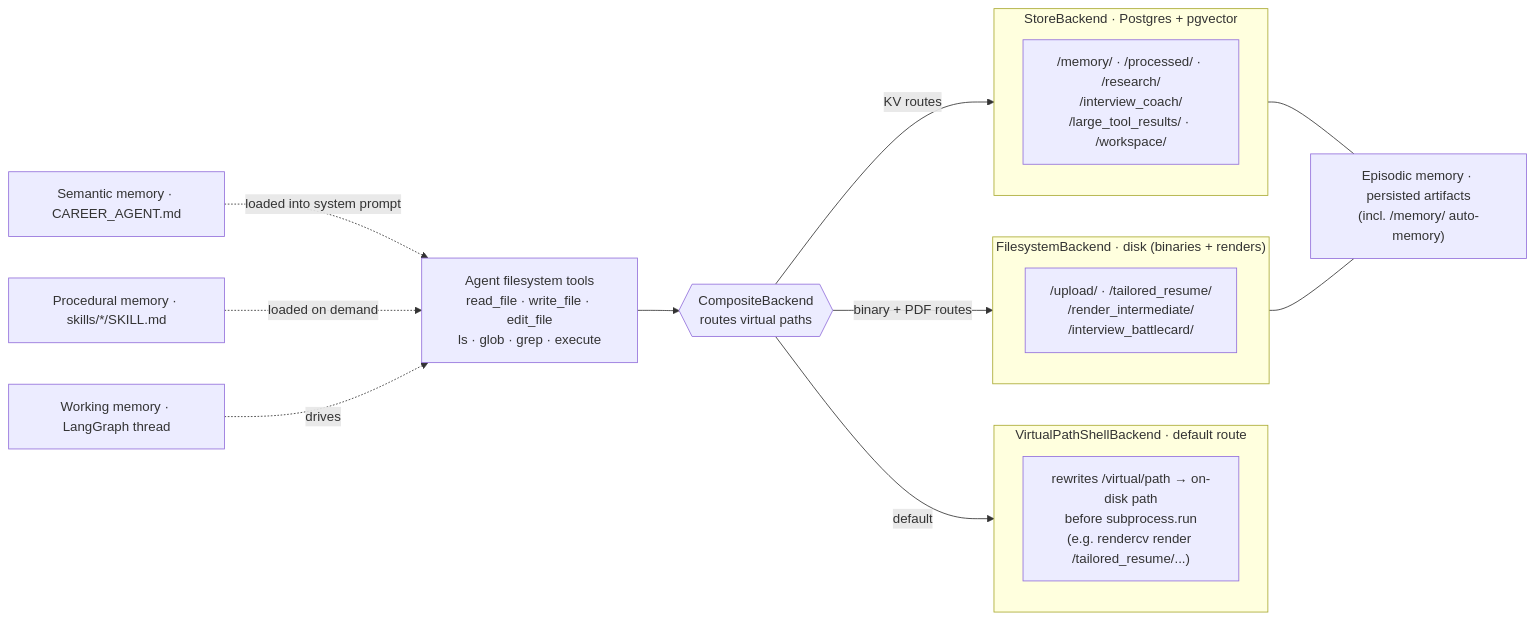
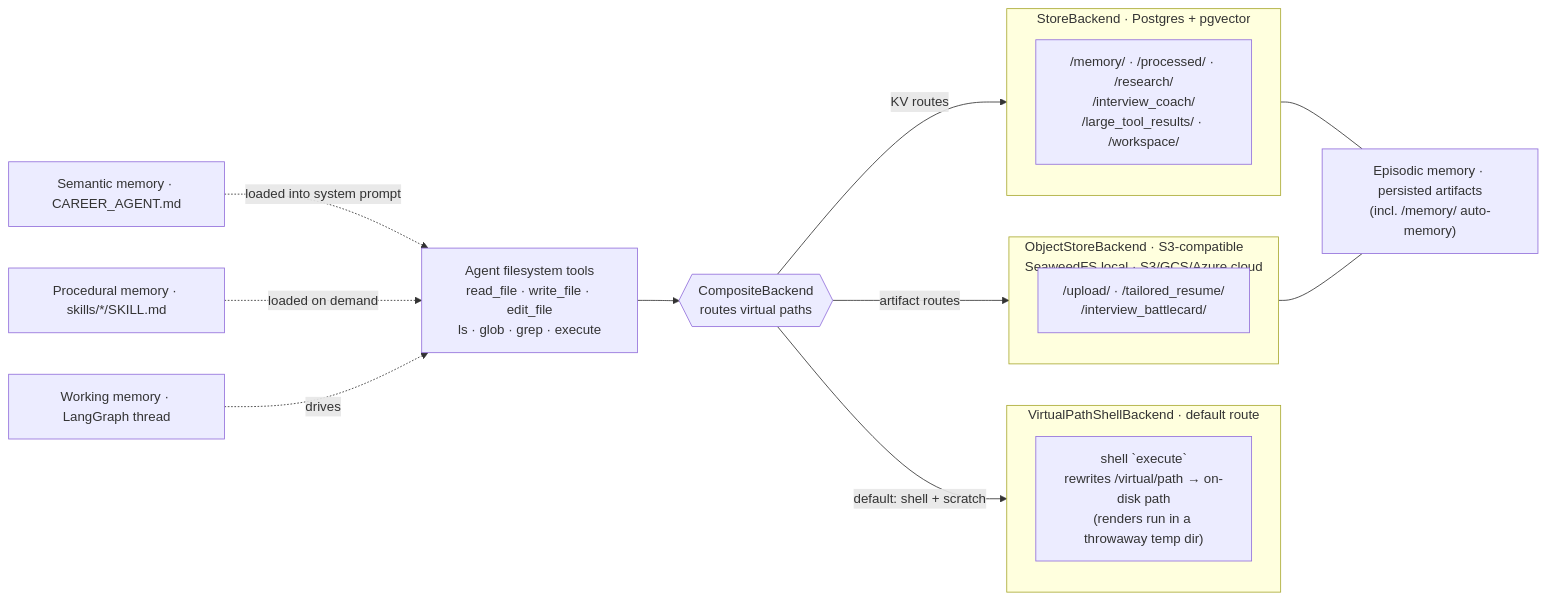
The diagram in README.md (tam159/next-role), drawn with Mermaid before and after one commit. The commit also changed other lines of this file and 45 other files, not shown here.

First line of the commit message:
feat: store binary artifacts in S3-compatible object storage (#51)

````diff
--- a/README.md
+++ b/README.md
@@ -192,23 +193,23 @@
 ```mermaid
 flowchart LR
     Agent["Agent filesystem tools<br/>read_file · write_file · edit_file<br/>ls · glob · grep · execute"]
     CB{{"CompositeBackend<br/>routes virtual paths"}}
     Agent --> CB
     subgraph Shell["VirtualPathShellBackend · default route"]
-        SH["rewrites /virtual/path → on-disk path<br/>before subprocess.run<br/>(e.g. rendercv render /tailored_resume/...)"]
+        SH["shell `execute`<br/>rewrites /virtual/path → on-disk path<br/>(renders run in a throwaway temp dir)"]
     end
     subgraph Store["StoreBackend · Postgres + pgvector"]
         ST["/memory/ · /processed/ · /research/<br/>/interview_coach/<br/>/large_tool_results/ · /workspace/"]
     end
-    subgraph Disk["FilesystemBackend · disk (binaries + renders)"]
-        DK["/upload/ · /tailored_resume/<br/>/render_intermediate/<br/>/interview_battlecard/"]
+    subgraph Obj["ObjectStoreBackend · S3-compatible<br/>SeaweedFS local · S3/GCS/Azure cloud"]
+        OB["/upload/ · /tailored_resume/<br/>/interview_battlecard/"]
     end
-    CB -->|default| Shell
+    CB -->|default: shell + scratch| Shell
     CB -->|KV routes| Store
-    CB -->|binary + PDF routes| Disk
+    CB -->|artifact routes| Obj
     Sem["Semantic memory · CAREER_AGENT.md"] -. loaded into system prompt .-> Agent
     Proc["Procedural memory · skills/*/SKILL.md"] -. loaded on demand .-> Agent
     Work["Working memory · LangGraph thread"] -. drives .-> Agent
     Store --- Epi["Episodic memory · persisted artifacts<br/>(incl. /memory/ auto-memory)"]
-    Disk --- Epi
+    Obj --- Epi
 ```
````
